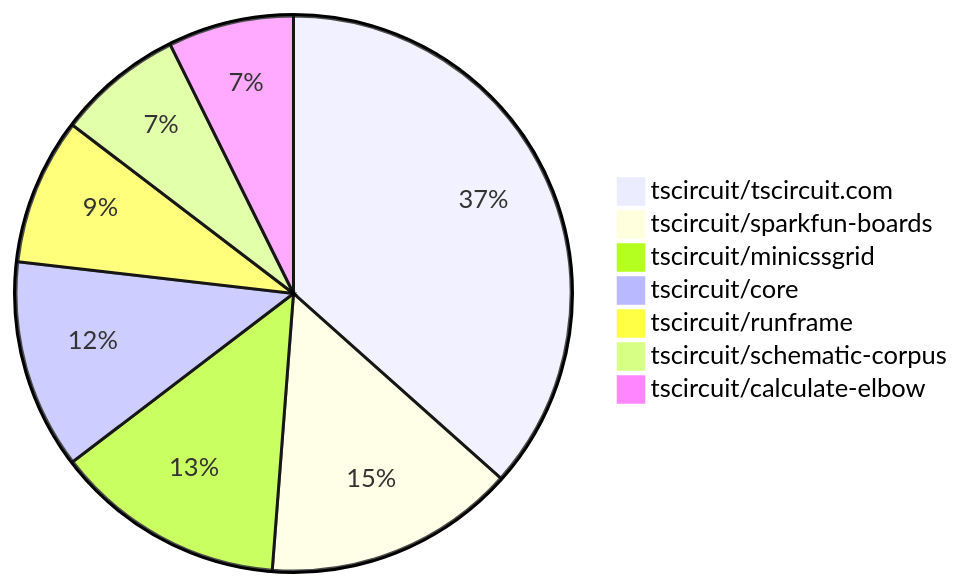
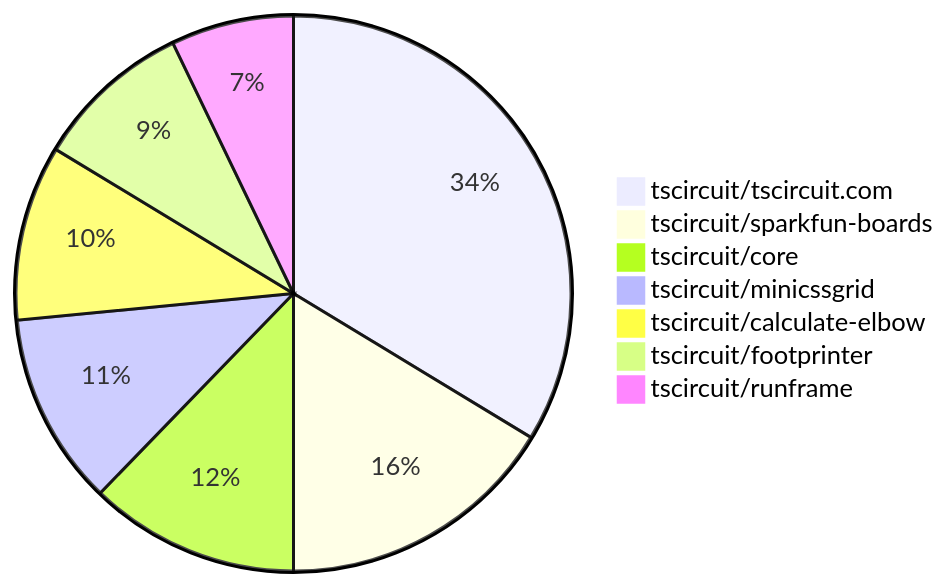
One commit to tscircuit/contribution-tracker changed the second of 2 diagrams in README.md. Above: the diagram before and after it, drawn with Mermaid. The commit also changed other lines of this file and 3 other files, not shown here.

````diff
--- a/README.md
+++ b/README.md
@@ -111,10 +114,10 @@
 ```mermaid
 pie
-    "tscircuit/tscircuit.com" : 30
-    "tscircuit/sparkfun-boards" : 12
+    "tscircuit/tscircuit.com" : 33
+    "tscircuit/sparkfun-boards" : 16
+    "tscircuit/core" : 12
     "tscircuit/minicssgrid" : 11
-    "tscircuit/core" : 10
+    "tscircuit/calculate-elbow" : 10
+    "tscircuit/footprinter" : 9
     "tscircuit/runframe" : 7
-    "tscircuit/schematic-corpus" : 6
-    "tscircuit/calculate-elbow" : 6
 ```
````
